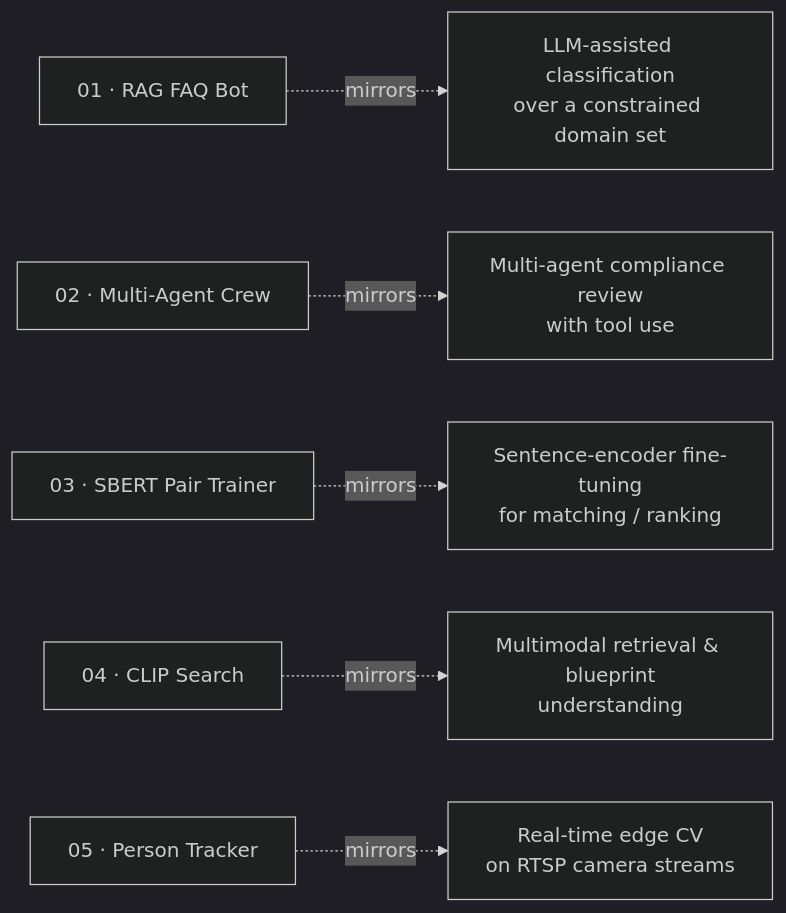
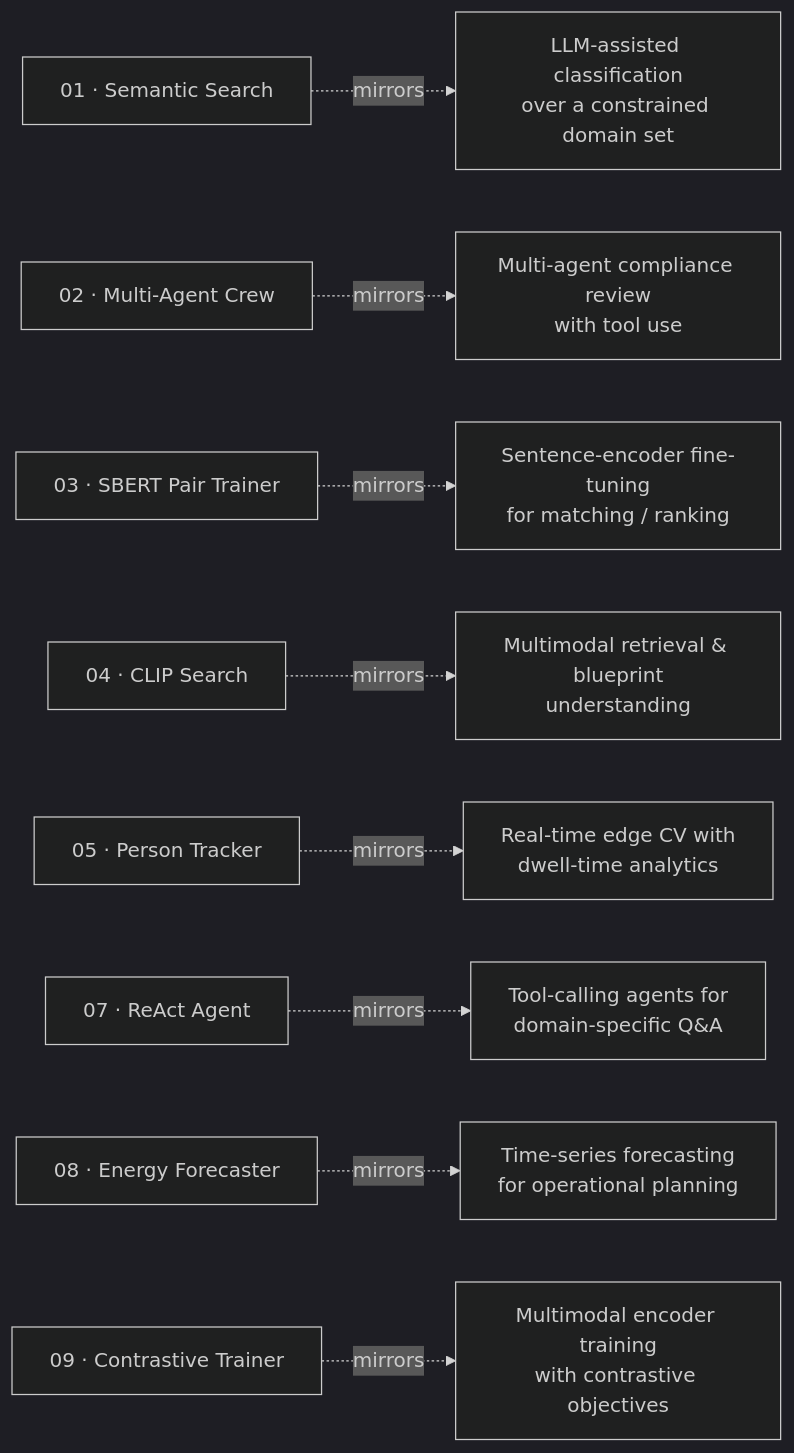
Before and after one commit to deepak1212194/ai-related-work: the diagram in README.md, drawn with Mermaid (dark theme). The commit also changed other lines of this file and 47 other files, not shown here.

````diff
--- a/README.md
+++ b/README.md
@@ -84,8 +88,11 @@
 ```mermaid
 flowchart LR
-    P1[01 · RAG FAQ Bot] -.mirrors.-> D1[LLM-assisted classification<br/>over a constrained domain set]
+    P1[01 · Semantic Search] -.mirrors.-> D1[LLM-assisted classification<br/>over a constrained domain set]
     P2[02 · Multi-Agent Crew] -.mirrors.-> D2[Multi-agent compliance review<br/>with tool use]
     P3[03 · SBERT Pair Trainer] -.mirrors.-> D3[Sentence-encoder fine-tuning<br/>for matching / ranking]
     P4[04 · CLIP Search] -.mirrors.-> D4[Multimodal retrieval & blueprint<br/>understanding]
-    P5[05 · Person Tracker] -.mirrors.-> D5[Real-time edge CV<br/>on RTSP camera streams]
+    P5[05 · Person Tracker] -.mirrors.-> D5[Real-time edge CV with<br/>dwell-time analytics]
+    P7[07 · ReAct Agent] -.mirrors.-> D7[Tool-calling agents for<br/>domain-specific Q&A]
+    P8[08 · Energy Forecaster] -.mirrors.-> D8[Time-series forecasting<br/>for operational planning]
+    P9[09 · Contrastive Trainer] -.mirrors.-> D9[Multimodal encoder training<br/>with contrastive objectives]
 ```
````
